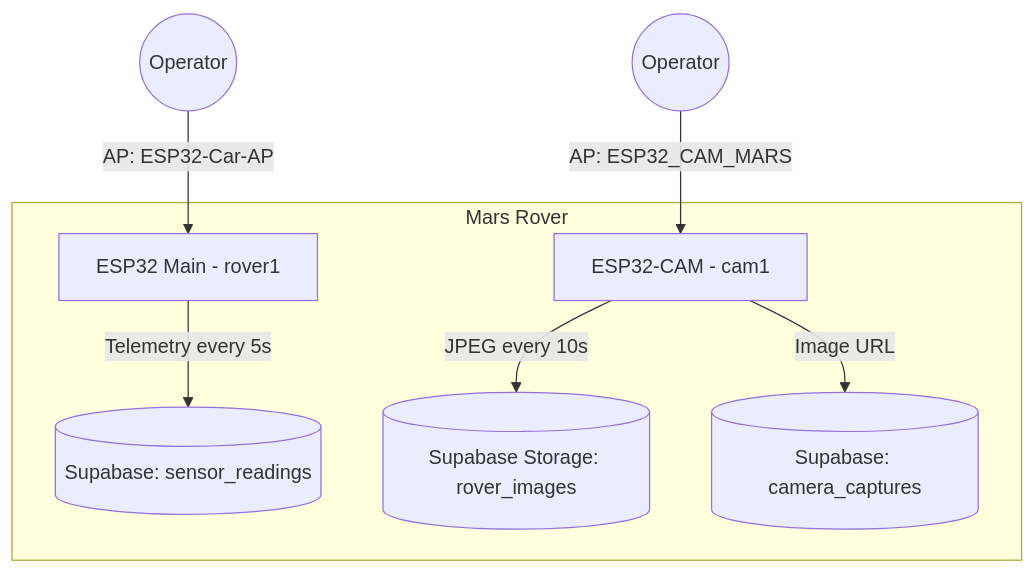
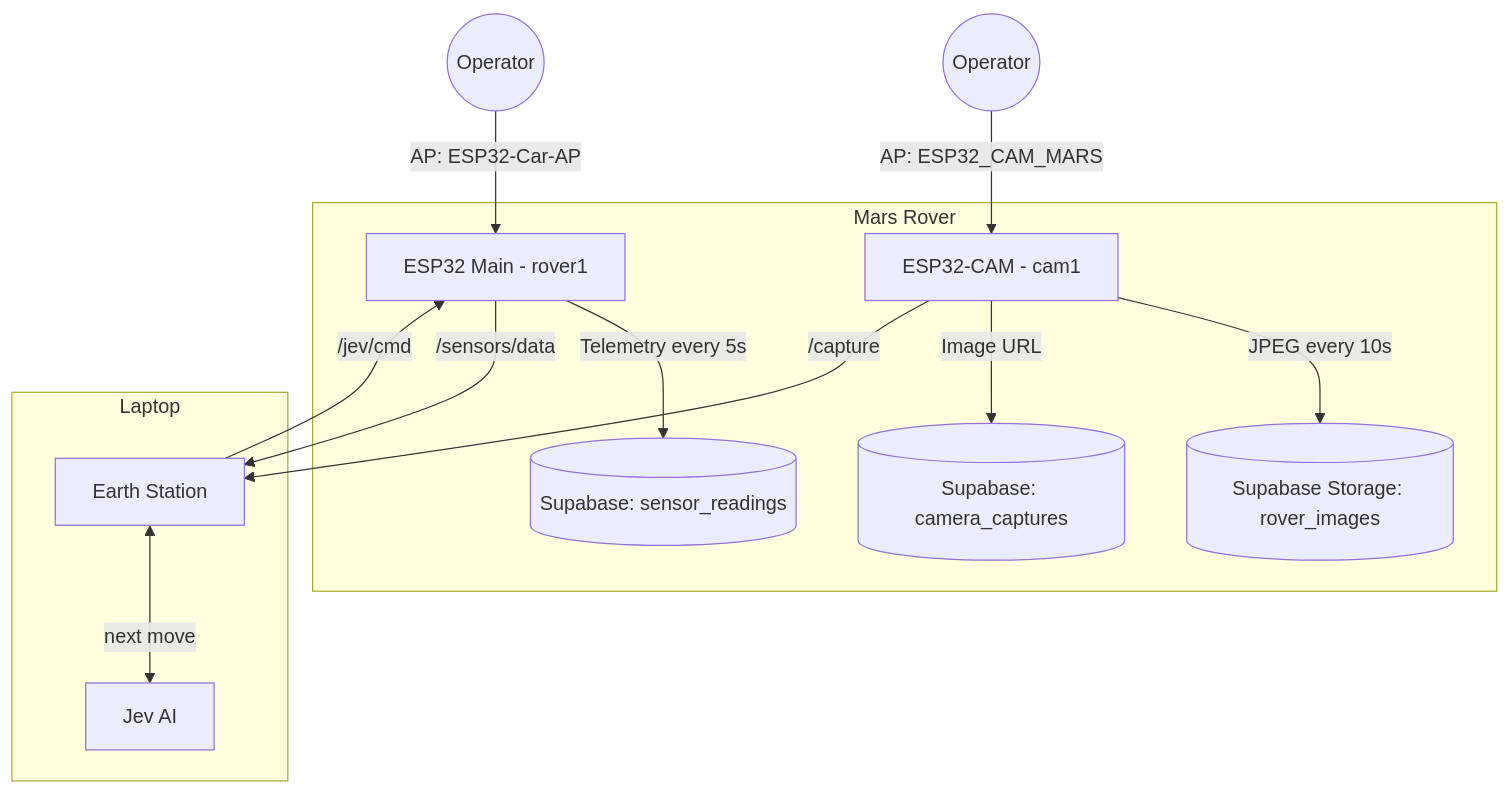
The diagram in README.md (Hammad-Sheikhh/mars-rover), drawn with Mermaid before and after one commit. The commit also changed other lines of this file and 7 other files, not shown here.

Commit message:
docs: Earth Station guide, rover protocol and design pages

````diff
--- a/README.md
+++ b/README.md
@@ -14,11 +16,18 @@
 ```mermaid
 graph TD
     subgraph Mars Rover
         ESP[ESP32 Main - rover1] -->|Telemetry every 5s| DB[(Supabase: sensor_readings)]
         CAM[ESP32-CAM - cam1] -->|JPEG every 10s| Stor[(Supabase Storage: rover_images)]
         CAM -->|Image URL| DB2[(Supabase: camera_captures)]
     end
 
     Phone1((Operator)) -->|AP: ESP32-Car-AP| ESP
     Phone2((Operator)) -->|AP: ESP32_CAM_MARS| CAM
+
+    subgraph Laptop
+        ES[Earth Station] <-->|next move| JEV[Jev AI]
+    end
+    ESP -->|/sensors/data| ES
+    CAM -->|/capture| ES
+    ES -->|/jev/cmd| ESP
 ```
````
